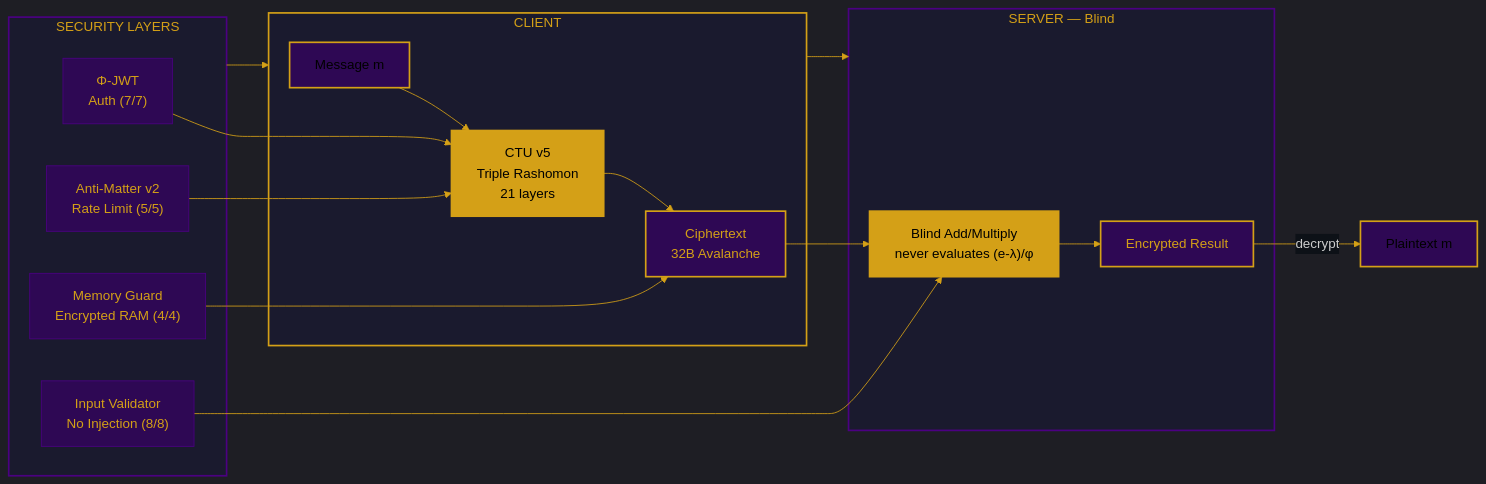
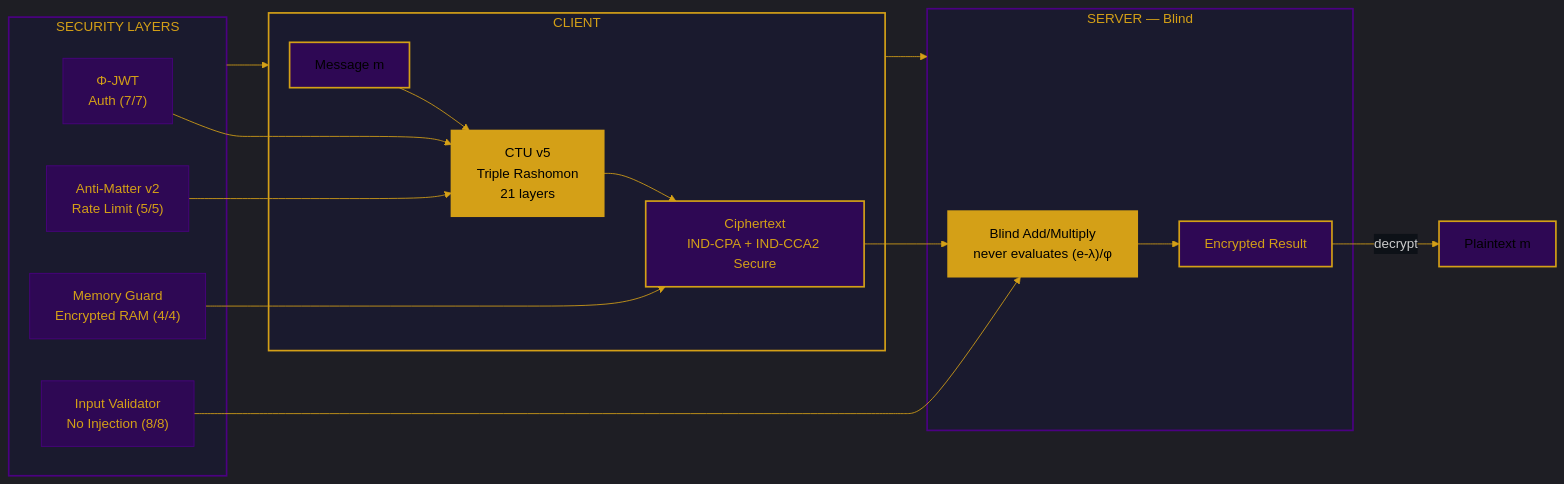
The second of 2 diagrams in README.md (primordialomegazero/femmgFHE), drawn with Mermaid before and after one commit. The commit also changed other lines of this file and 2 other files, not shown here.

````diff
--- a/README.md
+++ b/README.md
@@ -129,38 +129,38 @@
 ```mermaid
 %%{init: {'theme': 'dark', 'themeVariables': { 'primaryColor': '#D4A017', 'primaryTextColor': '#000000', 'primaryBorderColor': '#D4A017', 'lineColor': '#D4A017', 'secondaryColor': '#2E0854', 'tertiaryColor': '#1a1a2e', 'background': '#0d1117', 'mainBkg': '#0d1117', 'nodeBorder': '#D4A017', 'clusterBkg': '#0d1117', 'clusterBorder': '#4B0082', 'titleColor': '#D4A017', 'edgeLabelBackground':'#0d1117', 'nodeTextColor': '#000000'}}}%%
 graph LR
     subgraph CLIENT["CLIENT"]
         M["Message m"] --> CTU5["CTU v5<br/>Triple Rashomon<br/>21 layers"]
-        CTU5 --> CT["Ciphertext<br/>32B Avalanche"]
+        CTU5 --> CT["Ciphertext<br/>IND-CPA + IND-CCA2 Secure"]
     end
 
     subgraph SERVER["SERVER — Blind"]
         CT --> OPS["Blind Add/Multiply<br/>never evaluates (e-λ)/φ"]
         OPS --> RESULT["Encrypted Result"]
     end
 
     subgraph SECURITY["SECURITY LAYERS"]
         JWT["Φ-JWT<br/>Auth (7/7)"] --> CTU5
         AM["Anti-Matter v2<br/>Rate Limit (5/5)"] --> CTU5
         MG["Memory Guard<br/>Encrypted RAM (4/4)"] --> CT
         IV["Input Validator<br/>No Injection (8/8)"] --> OPS
     end
 
     CLIENT --> SERVER
     RESULT -->|decrypt| M2["Plaintext m"]
     SECURITY --> CLIENT
 
     style CLIENT fill:#1a1a2e,stroke:#D4A017,stroke-width:2px,color:#D4A017
     style SERVER fill:#1a1a2e,stroke:#4B0082,stroke-width:2px,color:#D4A017
     style SECURITY fill:#1a1a2e,stroke:#4B0082,stroke-width:2px,color:#D4A017
     style M fill:#2E0854,stroke:#D4A017,stroke-width:2px,color:#000000
     style M2 fill:#2E0854,stroke:#D4A017,stroke-width:2px,color:#000000
     style CTU5 fill:#D4A017,stroke:#D4A017,stroke-width:2px,color:#000000
     style CT fill:#2E0854,stroke:#D4A017,stroke-width:2px,color:#D4A017
     style OPS fill:#D4A017,stroke:#D4A017,stroke-width:2px,color:#000000
     style RESULT fill:#2E0854,stroke:#D4A017,stroke-width:2px,color:#D4A017
     style JWT fill:#2E0854,stroke:#4B0082,stroke-width:1px,color:#D4A017
     style AM fill:#2E0854,stroke:#4B0082,stroke-width:1px,color:#D4A017
     style MG fill:#2E0854,stroke:#4B0082,stroke-width:1px,color:#D4A017
     style IV fill:#2E0854,stroke:#4B0082,stroke-width:1px,color:#D4A017
 ```
````
